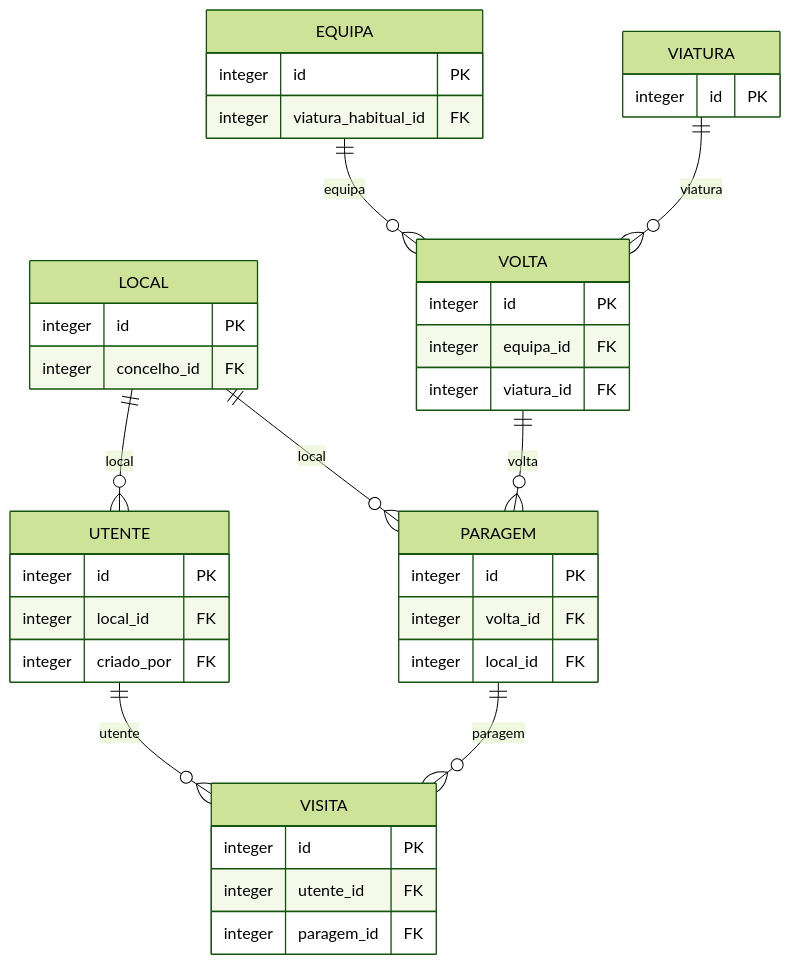
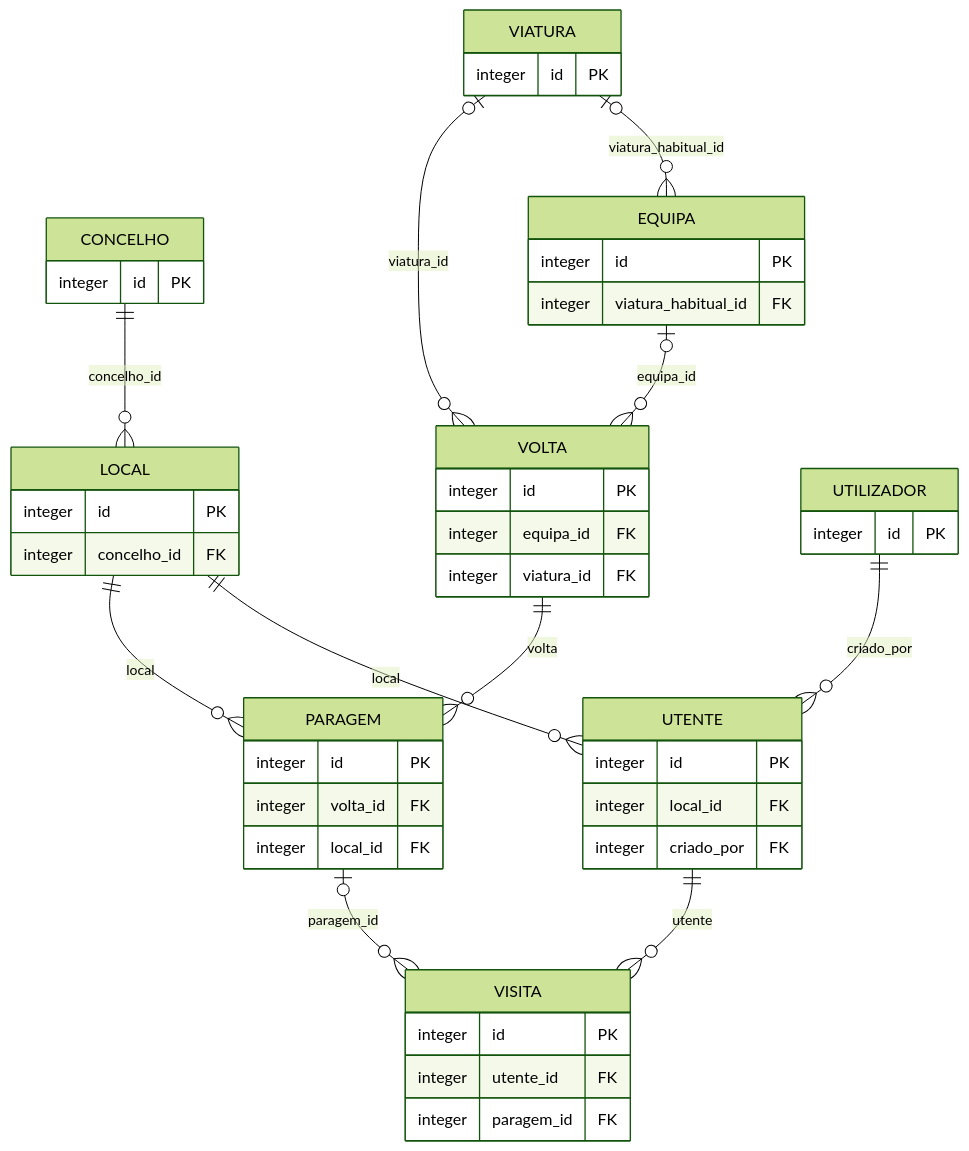
Before and after one commit to SalomaoCunha/ulsba-projeto-final: the fifth of 11 diagrams in docs/modelo-dados.md, drawn with Mermaid (forest theme). The commit also changed other lines of this file and 1 other file, not shown here.

````diff
--- a/docs/modelo-dados.md
+++ b/docs/modelo-dados.md
@@ -732,41 +734,50 @@
 ```mermaid
 erDiagram
+    CONCELHO {
+        integer id PK
+    }
     LOCAL {
         integer id PK
         integer concelho_id FK
     }
     UTENTE {
         integer id PK
         integer local_id FK
         integer criado_por FK
     }
     EQUIPA {
         integer id PK
         integer viatura_habitual_id FK
     }
     VIATURA {
         integer id PK
     }
     VOLTA {
         integer id PK
         integer equipa_id FK
         integer viatura_id FK
     }
     PARAGEM {
         integer id PK
         integer volta_id FK
         integer local_id FK
     }
     VISITA {
         integer id PK
         integer utente_id FK
         integer paragem_id FK
     }
+    UTILIZADOR {
+        integer id PK
+    }
+    CONCELHO ||--o{ LOCAL : "concelho_id"
     LOCAL ||--o{ UTENTE : "local"
+    UTILIZADOR ||--o{ UTENTE : "criado_por"
+    VIATURA o|--o{ EQUIPA : "viatura_habitual_id"
     UTENTE ||--o{ VISITA : "utente"
-    EQUIPA ||--o{ VOLTA : "equipa"
-    VIATURA ||--o{ VOLTA : "viatura"
+    EQUIPA o|--o{ VOLTA : "equipa_id"
+    VIATURA o|--o{ VOLTA : "viatura_id"
     VOLTA ||--o{ PARAGEM : "volta"
     LOCAL ||--o{ PARAGEM : "local"
-    PARAGEM ||--o{ VISITA : "paragem"
+    PARAGEM o|--o{ VISITA : "paragem_id"
 ```
````
